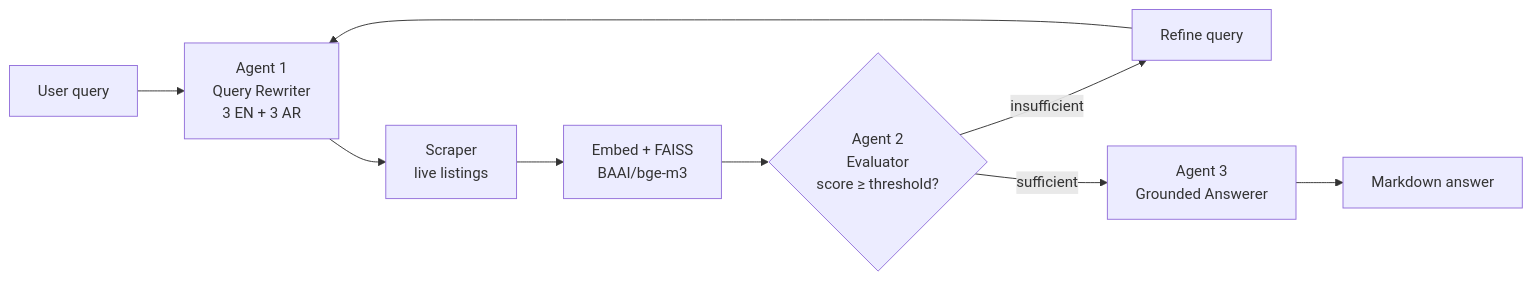
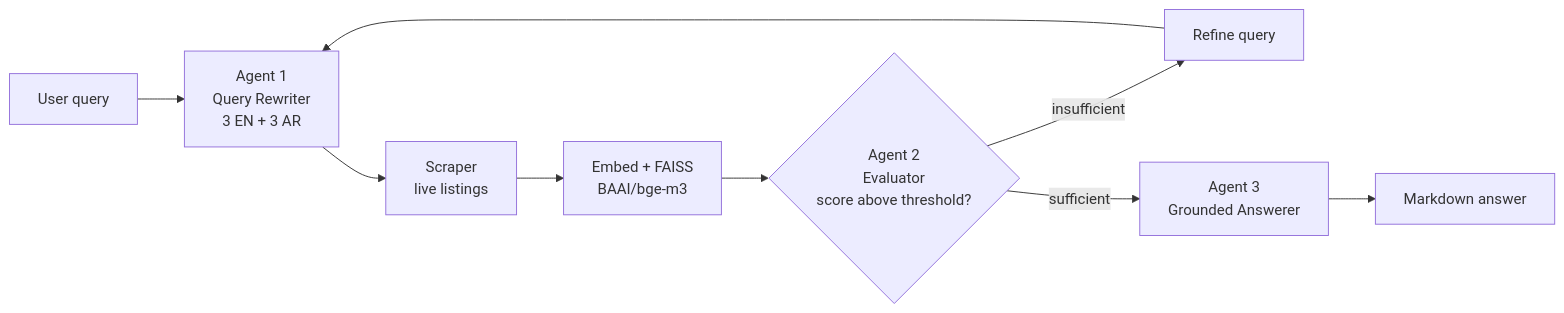
One commit to yasmine-ali101/deepsearch-shopping-agent changed the diagram in README.md. Above: the diagram before and after it, drawn with Mermaid. The commit also changed other lines of this file and 15 other files, not shown here.

````diff
--- a/README.md
+++ b/README.md
@@ -32,11 +32,11 @@
 ```mermaid
 flowchart LR
     Q[User query] --> A1
     A1[Agent 1<br/>Query Rewriter<br/>3 EN + 3 AR] --> S[Scraper<br/>live listings]
     S --> E[Embed + FAISS<br/>BAAI/bge-m3]
-    E --> A2{Agent 2<br/>Evaluator<br/>score ≥ threshold?}
+    E --> A2{Agent 2<br/>Evaluator<br/>score above threshold?}
     A2 -- insufficient --> R[Refine query]
     R --> A1
     A2 -- sufficient --> A3[Agent 3<br/>Grounded Answerer]
     A3 --> OUT[Markdown answer]
 ```
````
